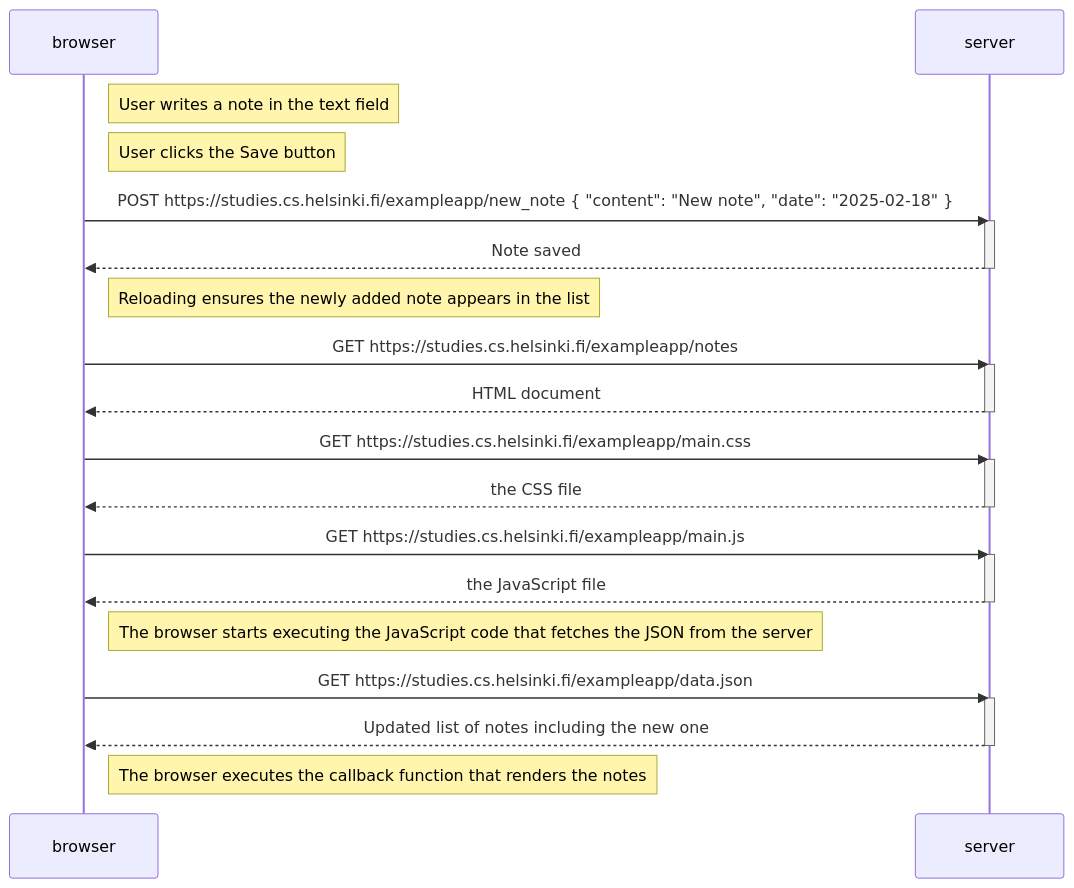
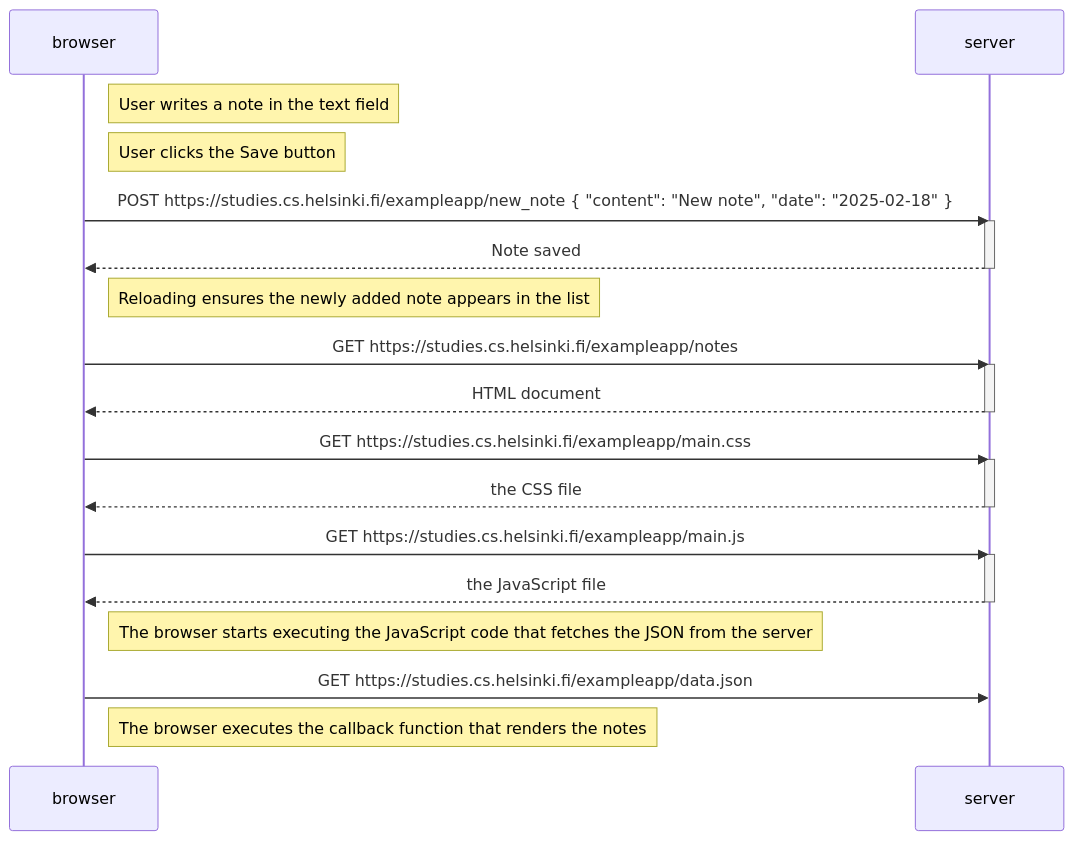
Before and after one commit to Saifahmeed/full-stack-open: the diagram in part0/0.4-new-note-diagram.md, drawn with Mermaid.

````diff
--- a/part0/0.4-new-note-diagram.md
+++ b/part0/0.4-new-note-diagram.md
@@ -1,39 +1,36 @@
 ```mermaid
 sequenceDiagram
     participant browser
     participant server
 
     Note right of browser: User writes a note in the text field
     Note right of browser: User clicks the Save button
 
     browser->>server: POST https://studies.cs.helsinki.fi/exampleapp/new_note { "content": "New note", "date": "2025-02-18" }
     activate server
     server-->>browser: Note saved
     deactivate server
 
     Note right of browser: Reloading ensures the newly added note appears in the list
 
     browser->>server: GET https://studies.cs.helsinki.fi/exampleapp/notes
     activate server
     server-->>browser: HTML document
     deactivate server
 
     browser->>server: GET https://studies.cs.helsinki.fi/exampleapp/main.css
     activate server
     server-->>browser: the CSS file
     deactivate server
 
     browser->>server: GET https://studies.cs.helsinki.fi/exampleapp/main.js
     activate server
     server-->>browser: the JavaScript file
     deactivate server
 
     Note right of browser: The browser starts executing the JavaScript code that fetches the JSON from the server
 
     browser->>server: GET https://studies.cs.helsinki.fi/exampleapp/data.json
-    activate server
-    server-->>browser: Updated list of notes including the new one
-    deactivate server
 
     Note right of browser: The browser executes the callback function that renders the notes
 ```
````
